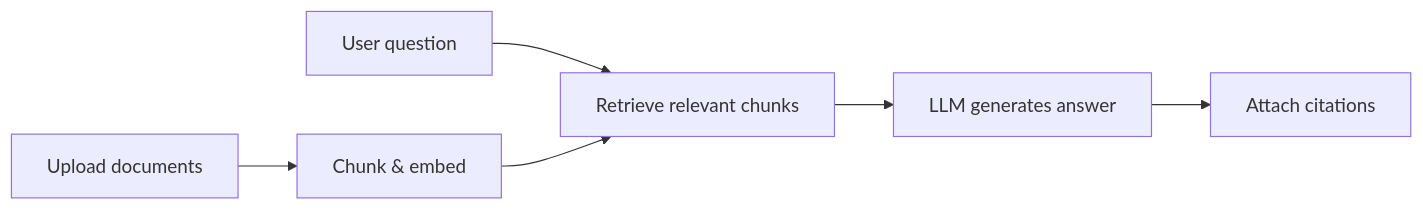
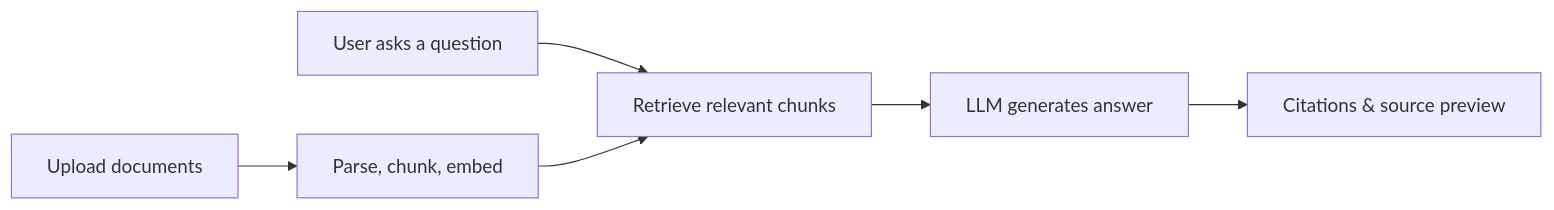
Before and after one commit to turing-pixel/turing-rag: the first of 2 diagrams in README.md, drawn with Mermaid. The commit also changed other lines of this file and 1 other file, not shown here.

````diff
--- a/README.md
+++ b/README.md
@@ -70,8 +51,8 @@
 ```mermaid
 flowchart LR
-  A[Upload documents] --> B[Chunk & embed]
-  C[User question] --> D[Retrieve relevant chunks]
+  A[Upload documents] --> B[Parse, chunk, embed]
+  C[User asks a question] --> D[Retrieve relevant chunks]
   B --> D
   D --> E[LLM generates answer]
-  E --> F[Attach citations]
+  E --> F[Citations & source preview]
 ```
````
